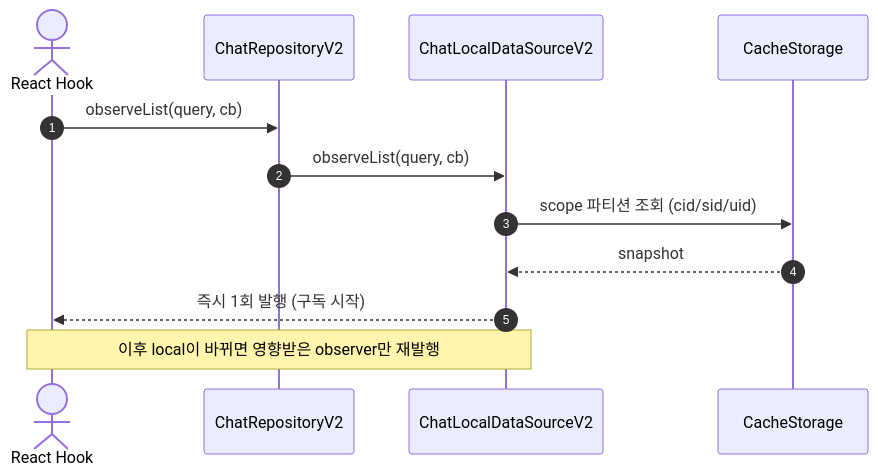
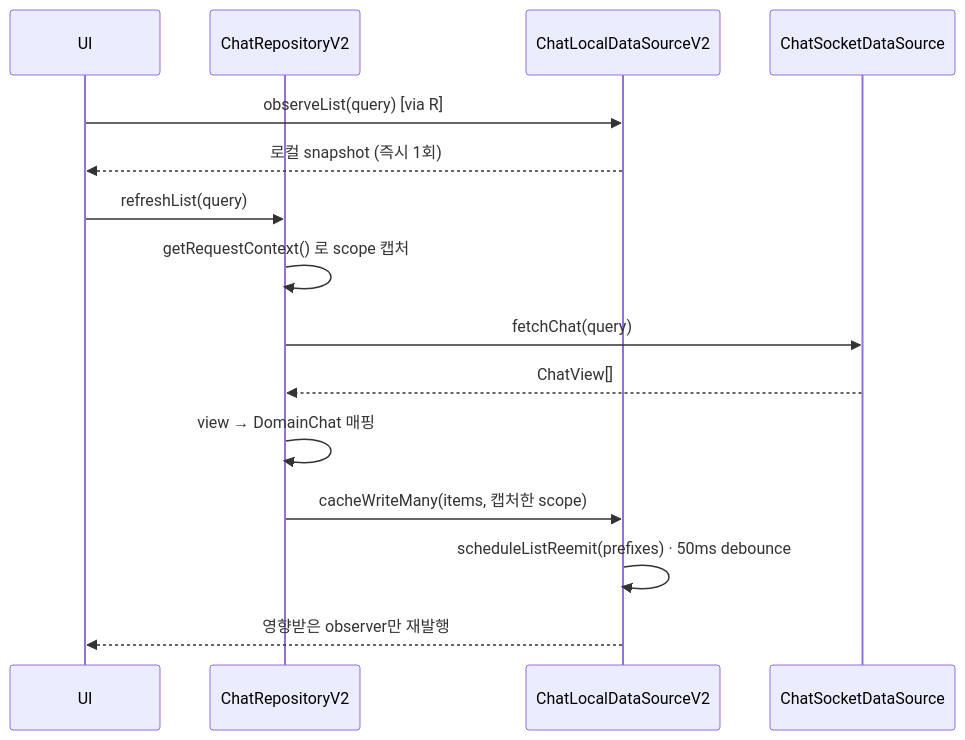
The second of 2 diagrams in libs/data/README.md (lemoncloud-io/dou-app), drawn with Mermaid before and after one commit. The commit also changed other lines of this file and 119 other files, not shown here.

````diff
--- a/libs/data/README.md
+++ b/libs/data/README.md
@@ -152,15 +73,19 @@
 ```mermaid
 sequenceDiagram
-    autonumber
-    actor UI as React Hook
-    participant Repo as ChatRepositoryV2
-    participant LDS as ChatLocalDataSourceV2
-    participant DB as CacheStorage
+    participant UI
+    participant R as ChatRepositoryV2
+    participant L as ChatLocalDataSourceV2
+    participant S as ChatSocketDataSource
 
-    UI->>Repo: observeList(query, cb)
-    Repo->>LDS: observeList(query, cb)
-    LDS->>DB: scope 파티션 조회 (cid/sid/uid)
-    DB-->>LDS: snapshot
-    LDS-->>UI: 즉시 1회 발행 (구독 시작)
-    Note over LDS,UI: 이후 local이 바뀌면 영향받은 observer만 재발행
+    UI->>L: observeList(query) [via R]
+    L-->>UI: 로컬 snapshot (즉시 1회)
+
+    UI->>R: refreshList(query)
+    R->>R: getRequestContext() 로 scope 캡처
+    R->>S: fetchChat(query)
+    S-->>R: ChatView[]
+    R->>R: view → DomainChat 매핑
+    R->>L: cacheWriteMany(items, 캡처한 scope)
+    L->>L: scheduleListReemit(prefixes) · 50ms debounce
+    L-->>UI: 영향받은 observer만 재발행
 ```
````
